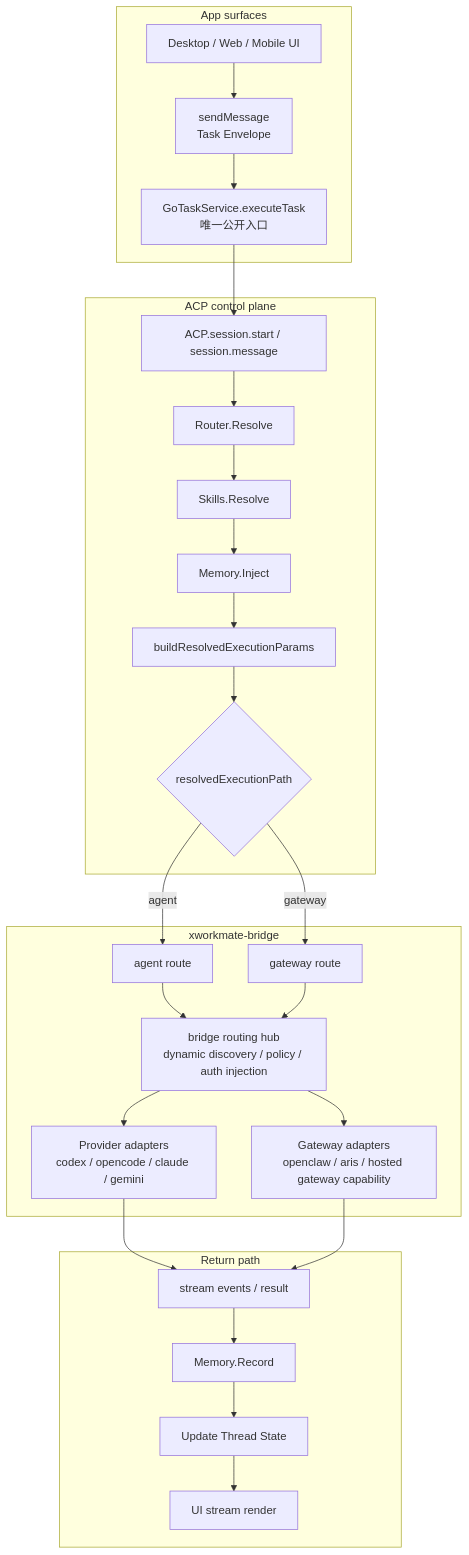
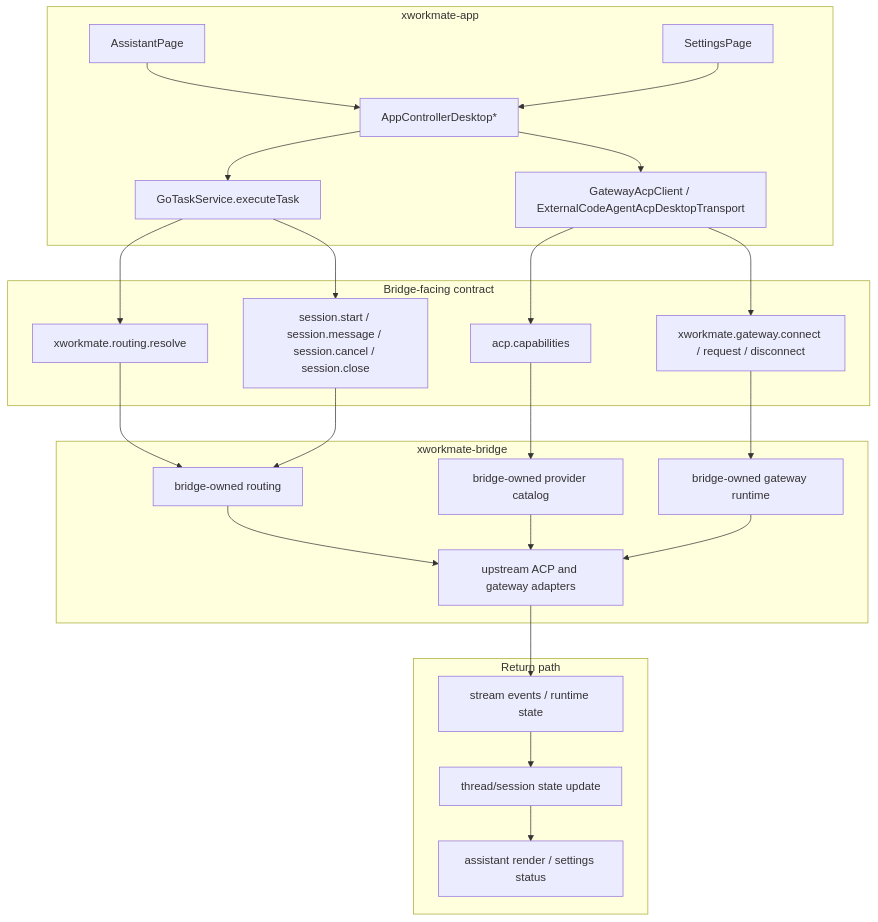
One commit to x-evor/xworkmate-app changed the diagram in docs/architecture/task-control-plane-unification.md. Above: the diagram before and after it, drawn with Mermaid. The commit also changed other lines of this file and 3 other files, not shown here.

Commit message:
docs: align app architecture to bridge mainline

````diff
--- a/docs/architecture/task-control-plane-unification.md
+++ b/docs/architecture/task-control-plane-unification.md
@@ -29,45 +22,47 @@
 ```mermaid
 flowchart TD
-    subgraph APP["App surfaces"]
-        A["Desktop / Web / Mobile UI"]
-        B["sendMessage<br/>Task Envelope"]
-        C["GoTaskService.executeTask<br/>唯一公开入口"]
-        A --> B --> C
+    subgraph APP["xworkmate-app"]
+        A1["AssistantPage"]
+        A2["SettingsPage"]
+        A3["AppControllerDesktop*"]
+        A4["GoTaskService.executeTask"]
+        A5["GatewayAcpClient / ExternalCodeAgentAcpDesktopTransport"]
+        A1 --> A3
+        A2 --> A3
+        A3 --> A4
+        A3 --> A5
     end
 
-    subgraph ACP["ACP control plane"]
-        D["ACP.session.start / session.message"]
-        E["Router.Resolve"]
-        F["Skills.Resolve"]
-        G["Memory.Inject"]
-        H["buildResolvedExecutionParams"]
-        I{"resolvedExecutionPath"}
-        D --> E --> F --> G --> H --> I
+    subgraph CONTRACT["Bridge-facing contract"]
+        B1["acp.capabilities"]
+        B2["xworkmate.routing.resolve"]
+        B3["session.start / session.message / session.cancel / session.close"]
+        B4["xworkmate.gateway.connect / request / disconnect"]
     end
 
     subgraph BRIDGE["xworkmate-bridge"]
-        J["agent route"]
-        K["gateway route"]
-        L["bridge routing hub<br/>dynamic discovery / policy / auth injection"]
-        M["Provider adapters<br/>codex / opencode / claude / gemini"]
-        N["Gateway adapters<br/>openclaw / aris / hosted gateway capability"]
-        J --> L
-        K --> L
-        L --> M
-        L --> N
+        C1["bridge-owned provider catalog"]
+        C2["bridge-owned routing"]
+        C3["bridge-owned gateway runtime"]
+        C4["upstream ACP and gateway adapters"]
     end
 
     subgraph RETURN["Return path"]
-        O["stream events / result"]
-        P["Memory.Record"]
-        Q["Update Thread State"]
-        R["UI stream render"]
-        O --> P --> Q --> R
+        D1["stream events / runtime state"]
+        D2["thread/session state update"]
+        D3["assistant render / settings status"]
     end
 
-    C --> D
-    I -->|"agent"| J
-    I -->|"gateway"| K
-    M --> O
-    N --> O
+    A4 --> B2
+    A4 --> B3
+    A5 --> B1
+    A5 --> B4
+    B1 --> C1
+    B2 --> C2
+    B3 --> C2
+    B4 --> C3
+    C1 --> C4
+    C2 --> C4
+    C3 --> C4
+    C4 --> D1 --> D2 --> D3
 ```
````
